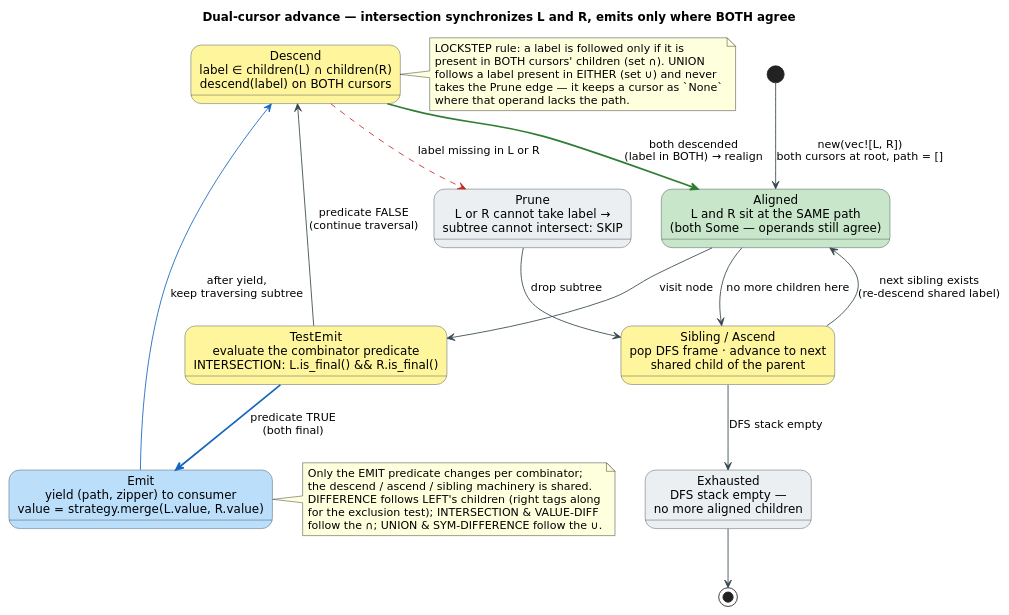
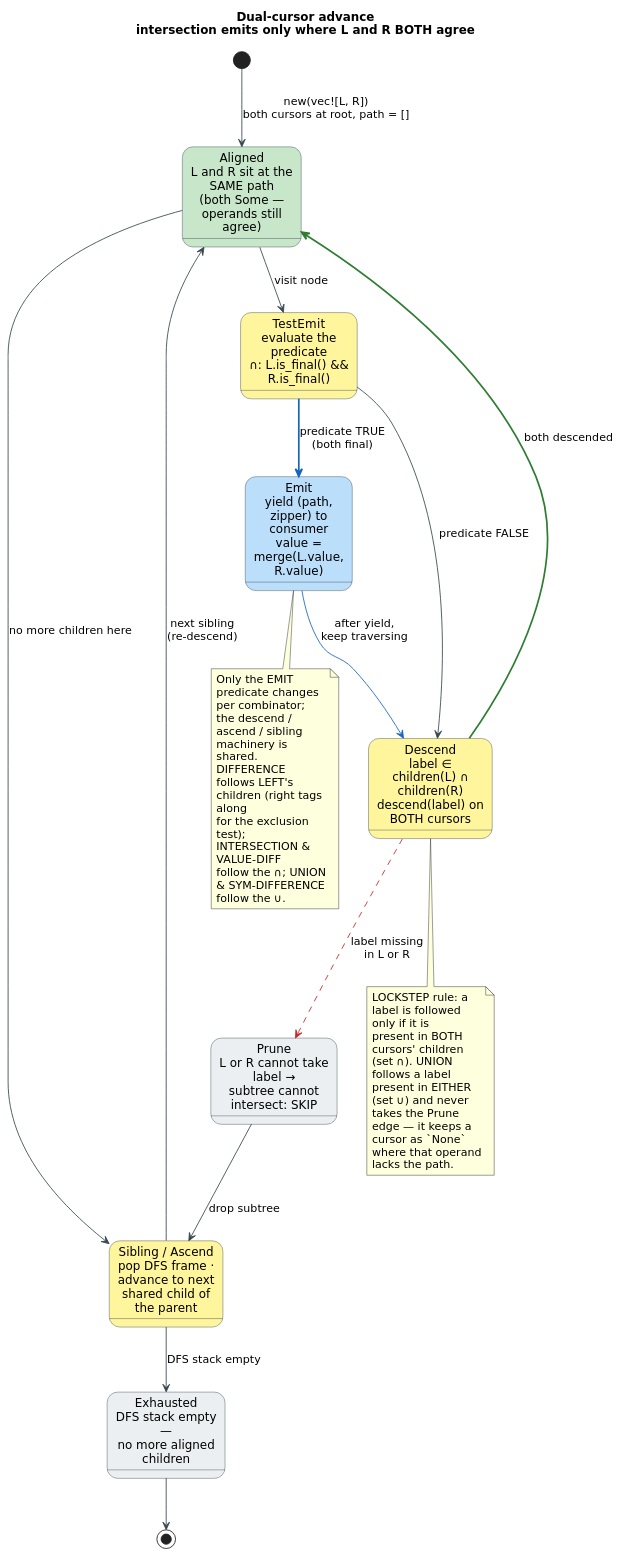
The diagram in docs/diagrams/src/zipper-cursor.puml (vinary-tree/libdictenstein), drawn with PlantUML before and after one commit. The commit also changed 279 other files, not shown here.

```diff
--- a/docs/diagrams/src/zipper-cursor.puml
+++ b/docs/diagrams/src/zipper-cursor.puml
@@ -1,88 +1,89 @@
 @startuml zipper-cursor
 ' ============================================================================
 ' zipper-cursor.puml — the dual-cursor "synchronize-and-emit" state machine
 ' that drives a binary set-algebra combinator (intersection shown).
 '
 ' A combinator keeps one operand cursor per dictionary (left L, right R). It
 ' advances them IN LOCKSTEP: every `descend(label)` / `children()` is forwarded
 ' to BOTH cursors over the SAME label, so they always sit at the same path. The
 ' EMIT decision is the only place the combinators differ — it is the predicate
 ' over (L.is_final, R.is_final):
 '     INTERSECTION  : emit iff  L_final AND R_final
 '     UNION         : emit iff  L_final OR  R_final
 '     DIFFERENCE    : emit iff  L_final AND NOT R_final
 '     SYM-DIFFERENCE: emit iff  exactly one final
 '     VALUE-DIFF    : emit iff  L_final AND R_final AND L.value != R.value
 ' This diagram traces the iterator's DFS: descend a shared child, test the emit
 ' predicate, then ascend (pop) and try the next sibling. INTERSECTION's
 ' `descend` also PRUNES — if either cursor cannot take the label, the whole
 ' subtree is skipped (no point descending where the sets cannot agree).
 ' Source of truth: src/intersection_zipper.rs (descend / children / is_final /
 ' IntersectionIterator::next); the emit predicates above per combinator file.
 '
 ' Color key:
 '   green  (#C8E6C9) = both cursors live & aligned (the productive state)
 '   amber  (#FFF59D) = synchronize / advance work (descend · sibling · ascend)
 '   blue   (#BBDEFB) = EMIT — a term is yielded to the consumer
 '   grey   (#ECEFF1 / #37474F) = prune / exhausted / borders / transitions
 ' ============================================================================
 skinparam backgroundColor #FFFFFF
 skinparam defaultFontName "DejaVu Sans"
+skinparam wrapWidth 130
 skinparam ArrowColor #37474F
 skinparam shadowing false
 skinparam state {
   BorderColor #37474F
   FontName "DejaVu Sans"
   AttributeFontName "DejaVu Sans"
 }
 
-title Dual-cursor advance — intersection synchronizes L and R, emits only where BOTH agree
+title Dual-cursor advance\nintersection emits only where L and R BOTH agree
 
 [*] --> Aligned : new(vec![L, R])\nboth cursors at root, path = []
 
 state "Aligned\nL and R sit at the SAME path\n(both Some — operands still agree)" as Aligned #C8E6C9
 
-state "TestEmit\nevaluate the combinator predicate\nINTERSECTION: L.is_final() && R.is_final()" as TestEmit #FFF59D
+state "TestEmit\nevaluate the predicate\n∩: L.is_final() && R.is_final()" as TestEmit #FFF59D
 
-state "Emit\nyield (path, zipper) to consumer\nvalue = strategy.merge(L.value, R.value)" as Emit #BBDEFB
+state "Emit\nyield (path, zipper) to consumer\nvalue = merge(L.value, R.value)" as Emit #BBDEFB
 
 state "Descend\nlabel ∈ children(L) ∩ children(R)\ndescend(label) on BOTH cursors" as Descend #FFF59D
 
 state "Sibling / Ascend\npop DFS frame · advance to next\nshared child of the parent" as Ascend #FFF59D
 
 state "Prune\nL or R cannot take label →\nsubtree cannot intersect: SKIP" as Prune #ECEFF1
 
 state "Exhausted\nDFS stack empty —\nno more aligned children" as Done #ECEFF1
 
 Aligned --> TestEmit : visit node
 
 TestEmit -[#1565C0,thickness=2]-> Emit : predicate TRUE\n(both final)
-TestEmit --> Descend : predicate FALSE\n(continue traversal)
-Emit -[#1565C0]-> Descend : after yield,\nkeep traversing subtree
+TestEmit --> Descend : predicate FALSE
+Emit -[#1565C0]-> Descend : after yield,\nkeep traversing
 
-Descend -[#2E7D32,thickness=2]-> Aligned : both descended\n(label in BOTH) → realign
-Descend -[#C62828,dashed]-> Prune : label missing in L or R
+Descend -[#2E7D32,thickness=2]-> Aligned : both descended
+Descend -[#C62828,dashed]-> Prune : label missing\nin L or R
 Prune --> Ascend : drop subtree
 
 Aligned --> Ascend : no more children here
-Ascend --> Aligned : next sibling exists\n(re-descend shared label)
+Ascend --> Aligned : next sibling\n(re-descend)
 Ascend --> Done : DFS stack empty
 
 Done --> [*]
 
-note right of Descend
+note bottom of Descend
   LOCKSTEP rule: a label is followed only if it is
   present in BOTH cursors' children (set ∩). UNION
   follows a label present in EITHER (set ∪) and never
   takes the Prune edge — it keeps a cursor as `None`
   where that operand lacks the path.
 end note
 
-note right of Emit
+note bottom of Emit
   Only the EMIT predicate changes per combinator;
   the descend / ascend / sibling machinery is shared.
   DIFFERENCE follows LEFT's children (right tags along
   for the exclusion test); INTERSECTION & VALUE-DIFF
   follow the ∩; UNION & SYM-DIFFERENCE follow the ∪.
 end note
 @enduml
```
